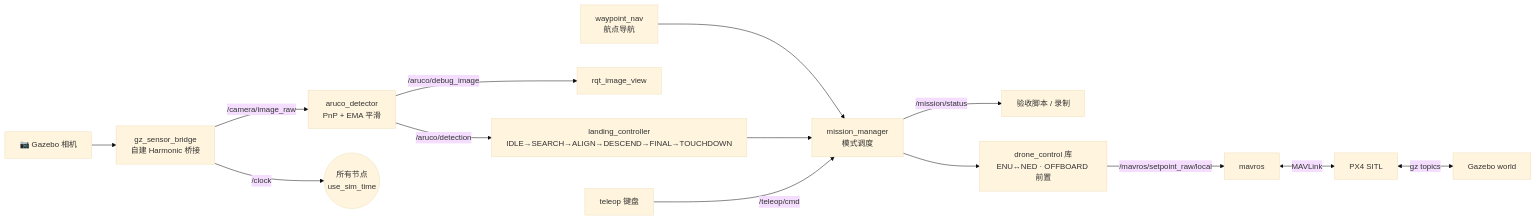
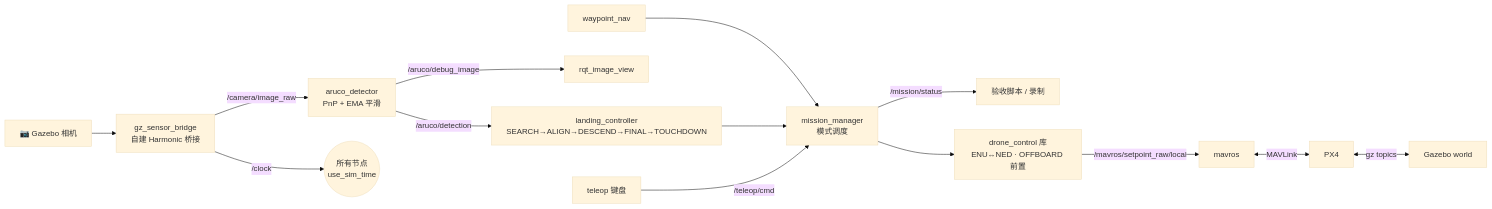
One commit to Luoury/ArUco_Drone changed the second of 2 diagrams in README.md. Above: the diagram before and after it, drawn with Mermaid (base theme). The commit also changed other lines of this file, not shown here.

````diff
--- a/README.md
+++ b/README.md
@@ -73,16 +182,16 @@
 ```mermaid
 flowchart LR
     CAM[📷 Gazebo 相机] --> BR[gz_sensor_bridge<br/>自建 Harmonic 桥接]
     BR -->|/camera/image_raw| DET[aruco_detector<br/>PnP + EMA 平滑]
     BR -->|/clock| SYS((所有节点<br/>use_sim_time))
-    DET -->|/aruco/detection| LAND[landing_controller<br/>IDLE→SEARCH→ALIGN→DESCEND→FINAL→TOUCHDOWN]
+    DET -->|/aruco/detection| LAND[landing_controller<br/>SEARCH→ALIGN→DESCEND→FINAL→TOUCHDOWN]
     DET -->|/aruco/debug_image| VIEW[rqt_image_view]
-    WP[waypoint_nav<br/>航点导航] --> MM
+    WP[waypoint_nav] --> MM
     LAND --> MM[mission_manager<br/>模式调度]
     TP[teleop 键盘] -->|/teleop/cmd| MM
     MM -->|/mission/status| OUT[验收脚本 / 录制]
     MM --> FC[drone_control 库<br/>ENU↔NED · OFFBOARD 前置]
     FC -->|/mavros/setpoint_raw/local| MAV[mavros]
-    MAV <-->|MAVLink| PX4[PX4 SITL]
+    MAV <-->|MAVLink| PX4[PX4]
     PX4 <-->|gz topics| GZ[Gazebo world]
 ```
````
